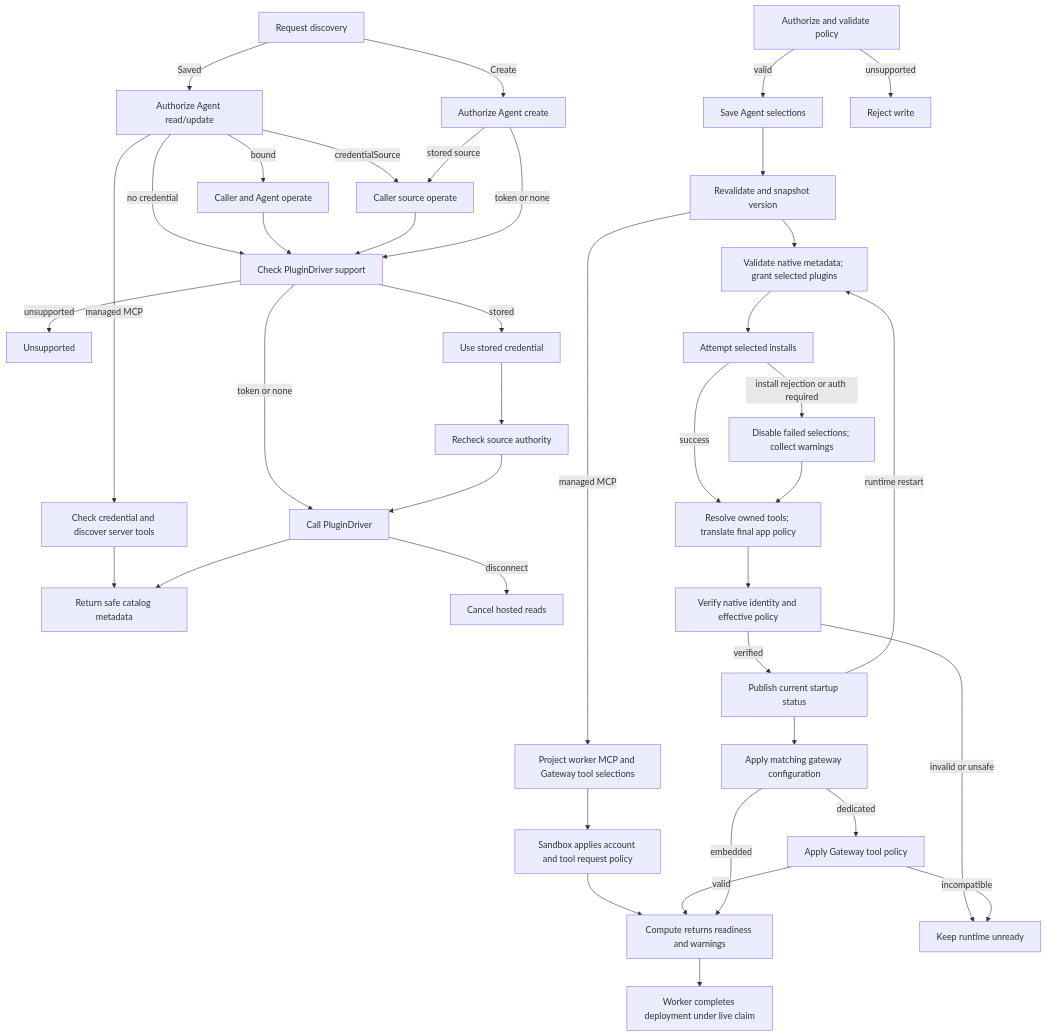
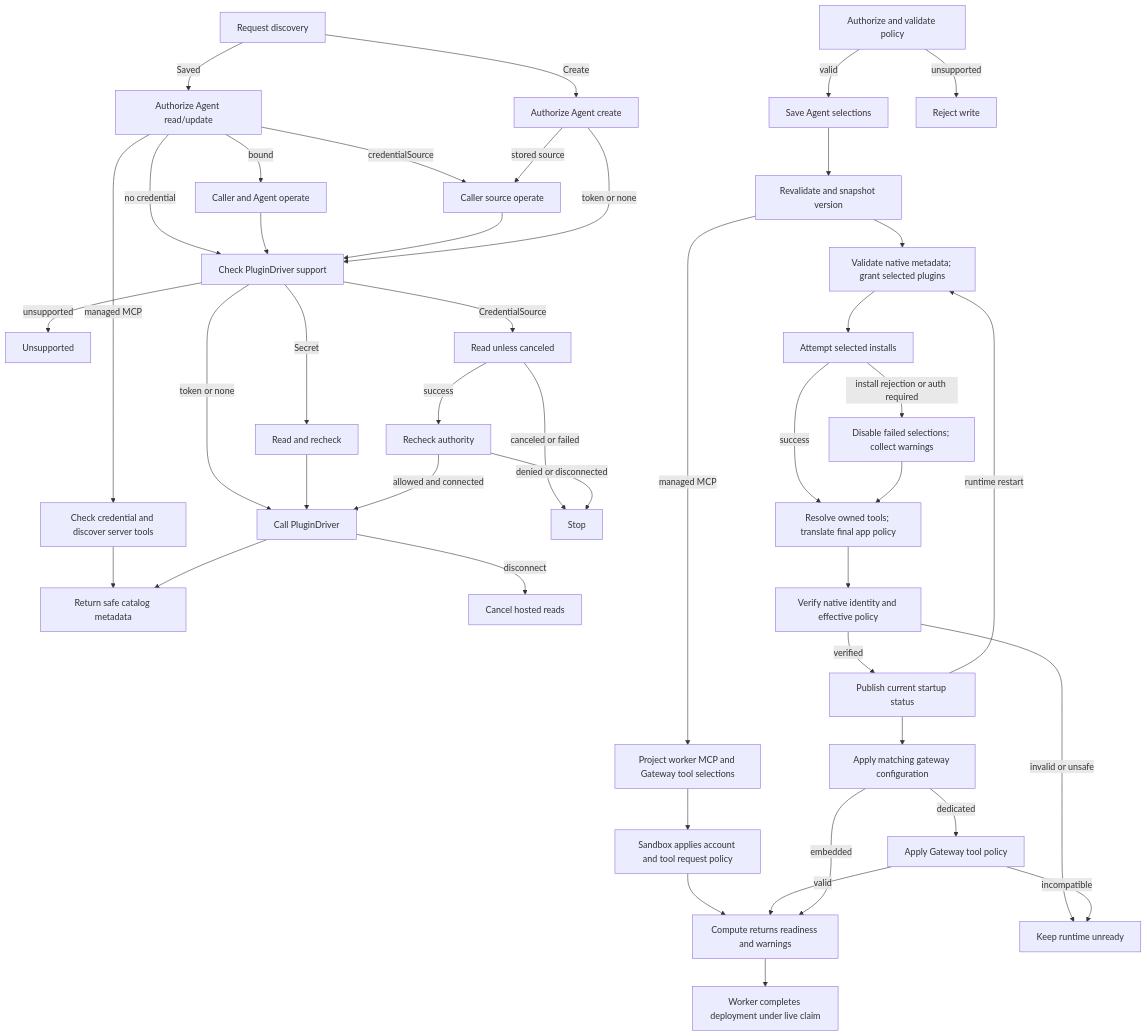
Before and after one commit to openclaw/openclaw-enterprise: the diagram in docs/flows/agent-plugins.md, drawn with Mermaid. The commit also changed other lines of this file, not shown here.

Commit message:
docs: trace disconnects during plugin credential reads (#4549)

````diff
--- a/docs/flows/agent-plugins.md
+++ b/docs/flows/agent-plugins.md
@@ -30,37 +28,42 @@
 ```mermaid
 graph TD
   D0["Request discovery"] -->|Create| D1["Authorize Agent create"]
   D0 -->|Saved| E0["Authorize Agent read/update"]
   E0 -->|no credential| D6
   E0 -->|bound| E1["Caller and Agent operate"] --> D6
   E0 -->|managed MCP| M0["Check credential and discover server tools"] --> D5
   E0 -->|credentialSource| D2
   D1 -->|stored source| D2["Caller source operate"] --> D6["Check PluginDriver support"]
   D1 -->|token or none| D6
   D6 -->|unsupported| D7["Unsupported"]
   D6 -->|token or none| D4["Call PluginDriver"]
-  D6 -->|stored| D3["Use stored credential"] --> E3["Recheck source authority"] --> D4
+  D6 -->|Secret| D3["Read and recheck"] --> D4
+  D6 -->|CredentialSource| D9["Read unless canceled"]
+  D9 -->|success| D10["Recheck authority"]
+  D10 -->|allowed and connected| D4
+  D9 -->|canceled or failed| D12["Stop"]
+  D10 -->|denied or disconnected| D12
   D4 -->|disconnect| D8["Cancel hosted reads"]
   D4 --> D5["Return safe catalog metadata"]
   A["Authorize and validate policy"] -->|valid| S["Save Agent selections"]
   A -->|unsupported| Y["Reject write"]
   S --> B["Revalidate and snapshot version"]
   B -->|managed MCP| K["Project worker MCP and Gateway tool selections"]
   K --> L["Sandbox applies account and tool request policy"]
   L --> I
   B --> C["Validate native metadata; grant selected plugins"]
   C --> D["Attempt selected installs"]
   D -->|install rejection or auth required| E["Disable failed selections; collect warnings"]
   D -->|success| T["Resolve owned tools; translate final app policy"]
   E --> T
   T --> F["Verify native identity and effective policy"]
   F -->|invalid or unsafe| X["Keep runtime unready"]
   F -->|verified| G["Publish current startup status"]
   G --> H["Apply matching gateway configuration"]
   H -->|dedicated| P["Apply Gateway tool policy"]
   P -->|incompatible| X
   P -->|valid| I
   H -->|embedded| I["Compute returns readiness and warnings"]
   I --> J["Worker completes deployment under live claim"]
   G -->|runtime restart| C
 ```
````
